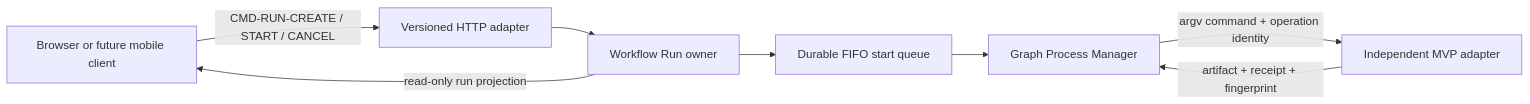
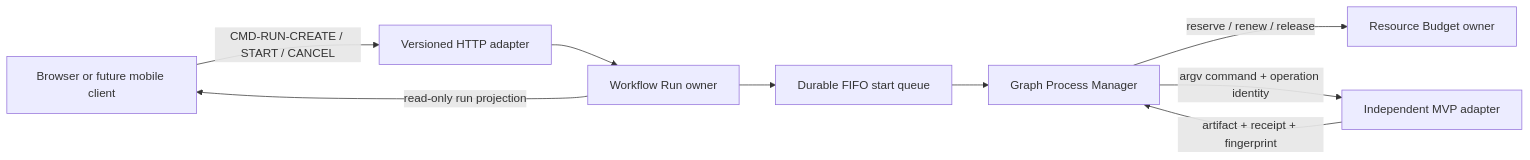
One commit to wohuishuo/cc-video-pipeline changed the first of 2 diagrams in docs/project/architecture/design/blueprints/video-graph-studio.md. Above: the diagram before and after it, drawn with Mermaid. The commit also changed other lines of this file and 38 other files, not shown here.

````diff
--- a/docs/project/architecture/design/blueprints/video-graph-studio.md
+++ b/docs/project/architecture/design/blueprints/video-graph-studio.md
@@ -15,10 +15,11 @@
 ```mermaid
 flowchart LR
     Client["Browser or future mobile client"] -->|"CMD-RUN-CREATE / START / CANCEL"| HTTP["Versioned HTTP adapter"]
     HTTP --> Run["Workflow Run owner"]
     Run --> Queue["Durable FIFO start queue"]
     Queue --> Process["Graph Process Manager"]
+    Process -->|"reserve / renew / release"| Budget["Resource Budget owner"]
     Process -->|"argv command + operation identity"| MVP["Independent MVP adapter"]
     MVP -->|"artifact + receipt + fingerprint"| Process
     Run -->|"read-only run projection"| Client
 ```
````
